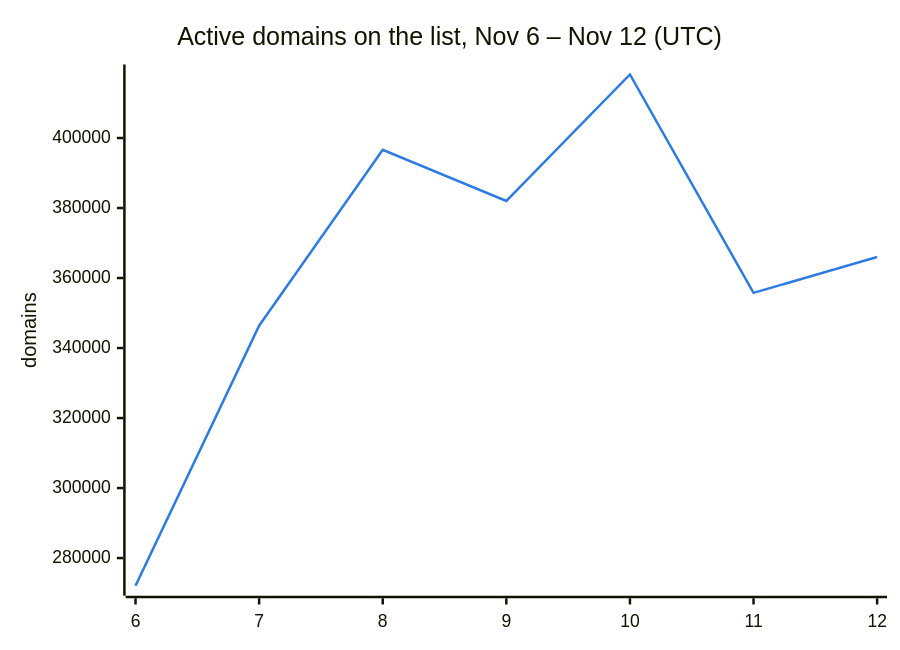
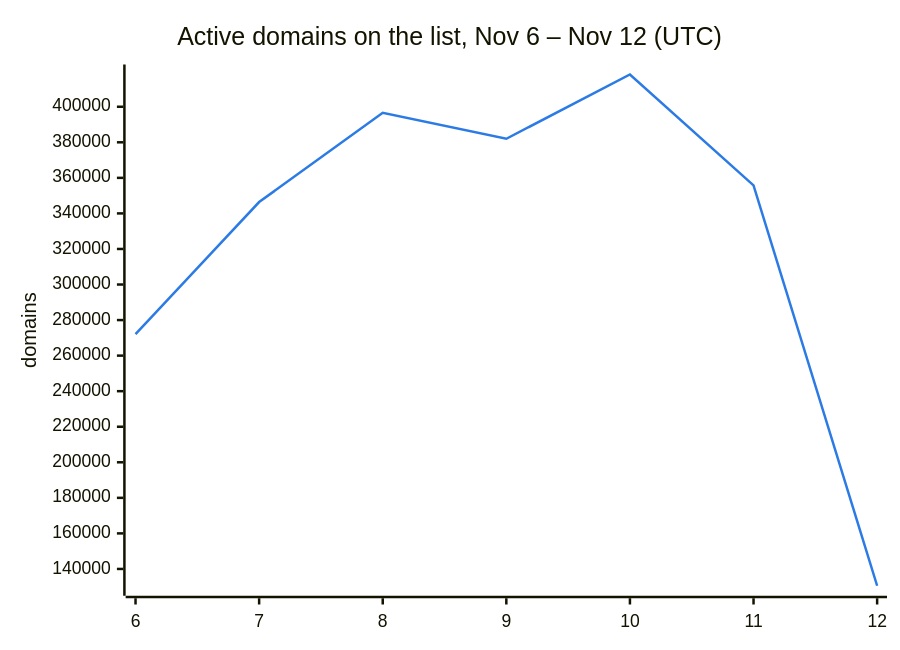
The second of 3 diagrams in README.md (DNSBunker/CTI), drawn with Mermaid before and after one commit. The commit also changed other lines of this file and 3 other files, not shown here.

````diff
--- a/README.md
+++ b/README.md
@@ -38,8 +38,8 @@
 ```mermaid
 %%{init: {"themeVariables": {"xyChart": {"plotColorPalette": "#2c7be5"}}}}%%
 xychart-beta
     title "Active domains on the list, Nov 6 – Nov 12 (UTC)"
     x-axis ["6", "7", "8", "9", "10", "11", "12"]
     y-axis "domains"
-    line [272088, 346388, 396638, 382009, 418143, 355765, 365997]
+    line [272088, 346388, 396638, 382009, 418143, 355765, 130549]
 ```
````
